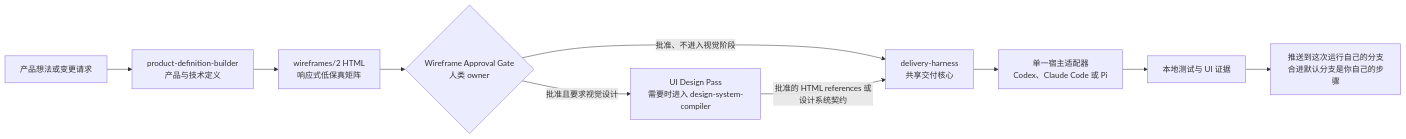
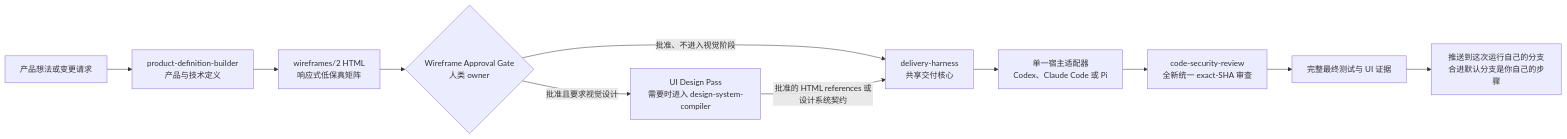
Before and after one commit to Phlegonlabs/product-delivery-harness: the first of 3 diagrams in README.zh-CN.md, drawn with Mermaid. The commit also changed other lines of this file and 57 other files, not shown here.

````diff
--- a/README.zh-CN.md
+++ b/README.zh-CN.md
@@ -64,12 +69,13 @@
 ```mermaid
 flowchart LR
   Idea["产品想法或变更请求"] --> PRD["product-definition-builder\n产品与技术定义"]
   PRD --> Wireframe["wireframes/2 HTML\n响应式低保真矩阵"]
   Wireframe --> Gate{"Wireframe Approval Gate\n人类 owner"}
   Gate -->|"批准且要求视觉设计"| Design["UI Design Pass\n需要时进入 design-system-compiler"]
   Gate -->|"批准、不进入视觉阶段"| Harness["delivery-harness\n共享交付核心"]
   Design -->|"批准的 HTML references 或设计系统契约"| Harness
   Harness --> Runtime["单一宿主适配器\nCodex、Claude Code 或 Pi"]
-  Runtime --> Evidence["本地测试与 UI 证据"]
+  Runtime --> Security["code-security-review\n全新统一 exact-SHA 审查"]
+  Security --> Evidence["完整最终测试与 UI 证据"]
   Evidence --> Push["推送到这次运行自己的分支\n合进默认分支是你自己的步骤"]
 ```
````
